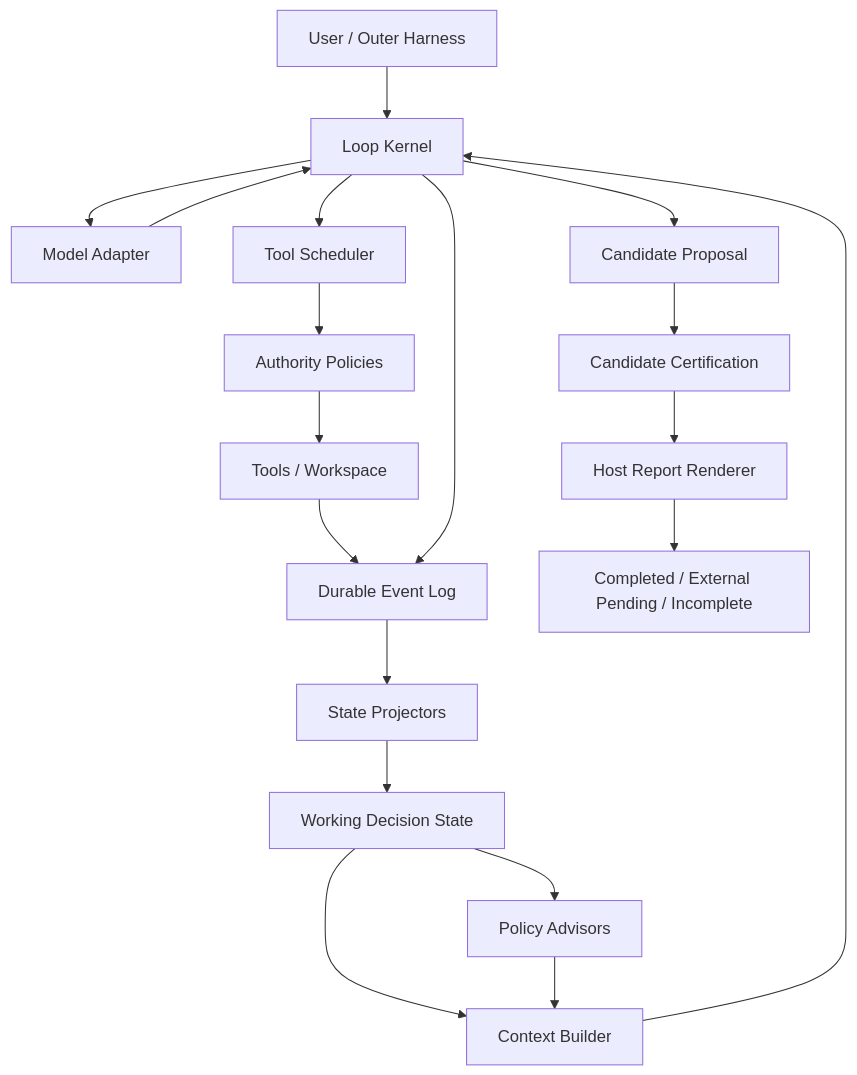
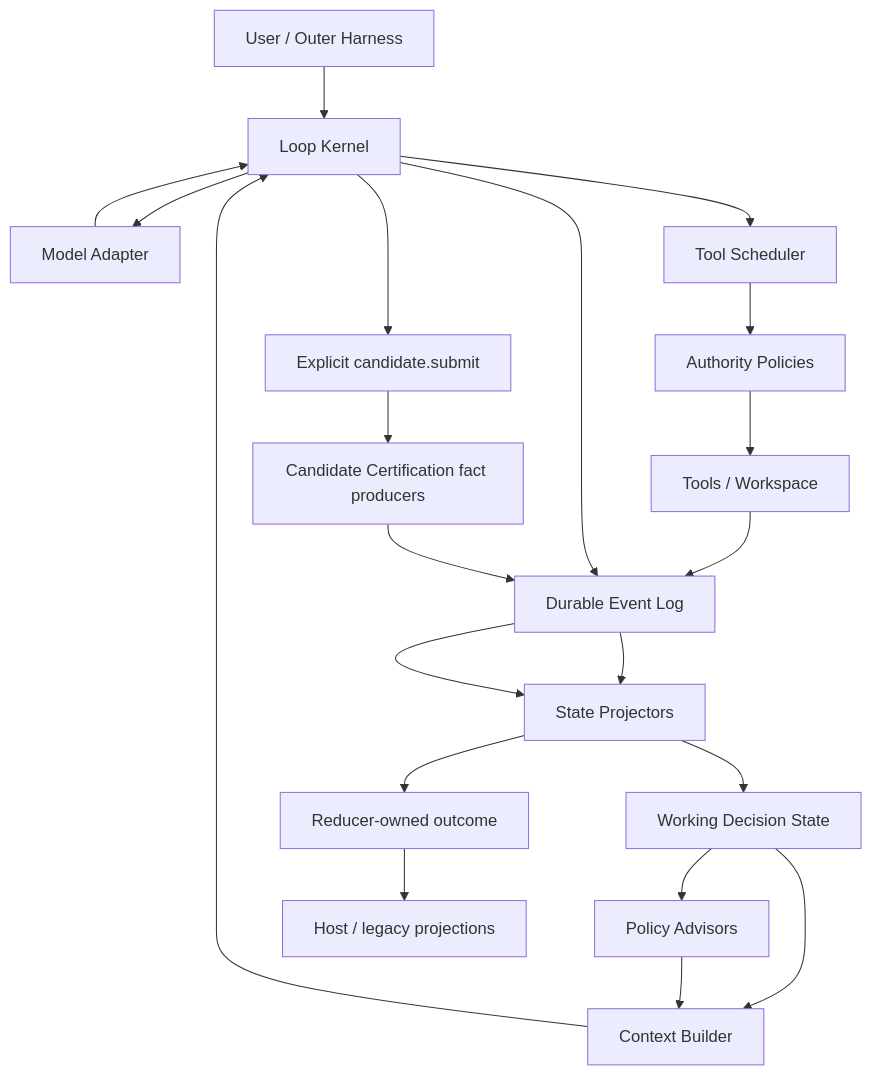
Before and after one commit to david66l/Paw-TS: the first of 2 diagrams in 文档/coding-agent-loop-kernel-v2.md, drawn with Mermaid. The commit also changed other lines of this file and 6 other files, not shown here.

````diff
--- a/文档/coding-agent-loop-kernel-v2.md
+++ b/文档/coding-agent-loop-kernel-v2.md
@@ -93,21 +95,23 @@
 ```mermaid
 flowchart TD
     U["User / Outer Harness"] --> K["Loop Kernel"]
     K --> M["Model Adapter"]
     M --> K
     K --> S["Tool Scheduler"]
     S --> A["Authority Policies"]
     A --> T["Tools / Workspace"]
     T --> E["Durable Event Log"]
     K --> E
     E --> P["State Projectors"]
     P --> W["Working Decision State"]
     W --> C["Context Builder"]
     C --> K
     W --> D["Policy Advisors"]
     D --> C
-    K --> Q["Candidate Proposal"]
-    Q --> R["Candidate Certification"]
-    R --> H["Host Report Renderer"]
-    H --> O["Completed / External Pending / Incomplete"]
+    K --> Q["Explicit candidate.submit"]
+    Q --> R["Candidate Certification fact producers"]
+    R --> E
+    E --> P
+    P --> O["Reducer-owned outcome"]
+    O --> H["Host / legacy projections"]
 ```
````
